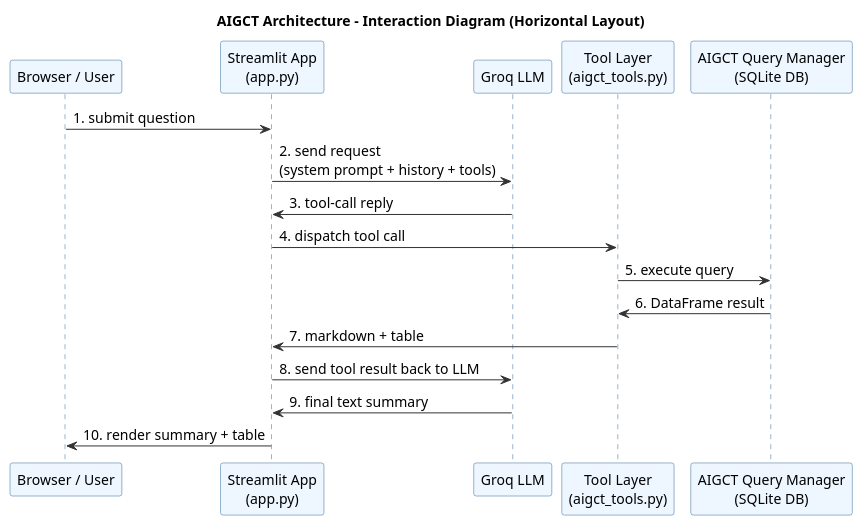
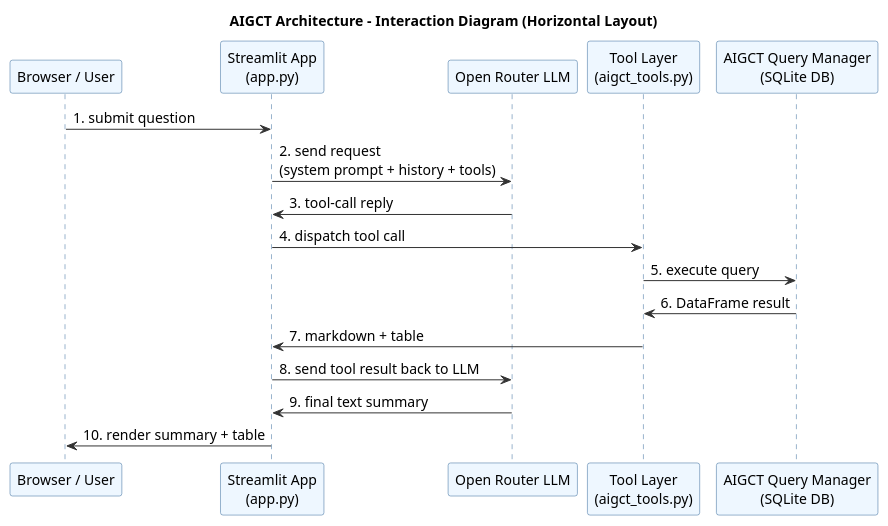
Before and after one commit to Huang-lab/AiGCTWeb: the diagram in docs/interaction_diagram.puml, drawn with PlantUML. The commit also changed 9 other files, not shown here.

```diff
--- a/docs/interaction_diagram.puml
+++ b/docs/interaction_diagram.puml
@@ -1,38 +1,38 @@
 @startuml
 title AIGCT Architecture - Interaction Diagram (Horizontal Layout)
 
 ' --- FIXES FOR LABEL VISIBILITY ---
 skinparam sequenceParticipantSpacing 90
 skinparam sequenceMessageAlignment left
 skinparam sequenceMessageFontSize 12
 
 skinparam defaultFontStyle bold
 skinparam defaultFontSize 14
 skinparam sequence {
   ParticipantBorderColor #336699
   ParticipantBackgroundColor #eef7ff
   LifeLineBorderColor #336699
   LifeLineBackgroundColor #eef7ff
   ArrowColor #333333
 }
 
 ' --- PARTICIPANTS ---
 participant "Browser / User" as Browser
 participant "Streamlit App\n(app.py)" as Streamlit
-participant "Groq LLM" as Groq
+participant "Open Router LLM" as OpenRouter
 participant "Tool Layer\n(aigct_tools.py)" as Tools
 participant "AIGCT Query Manager\n(SQLite DB)" as QM
 
 ' --- INTERACTIONS ---
 Browser -> Streamlit : 1. submit question
-Streamlit -> Groq : 2. send request\n(system prompt + history + tools)
-Groq -> Streamlit : 3. tool-call reply
+Streamlit -> OpenRouter : 2. send request\n(system prompt + history + tools)
+OpenRouter -> Streamlit : 3. tool-call reply
 Streamlit -> Tools : 4. dispatch tool call
 Tools -> QM : 5. execute query
 QM -> Tools : 6. DataFrame result
 Tools -> Streamlit : 7. markdown + table
-Streamlit -> Groq : 8. send tool result back to LLM
-Groq -> Streamlit : 9. final text summary
+Streamlit -> OpenRouter : 8. send tool result back to LLM
+OpenRouter -> Streamlit : 9. final text summary
 Streamlit -> Browser : 10. render summary + table
 
 @enduml
```
